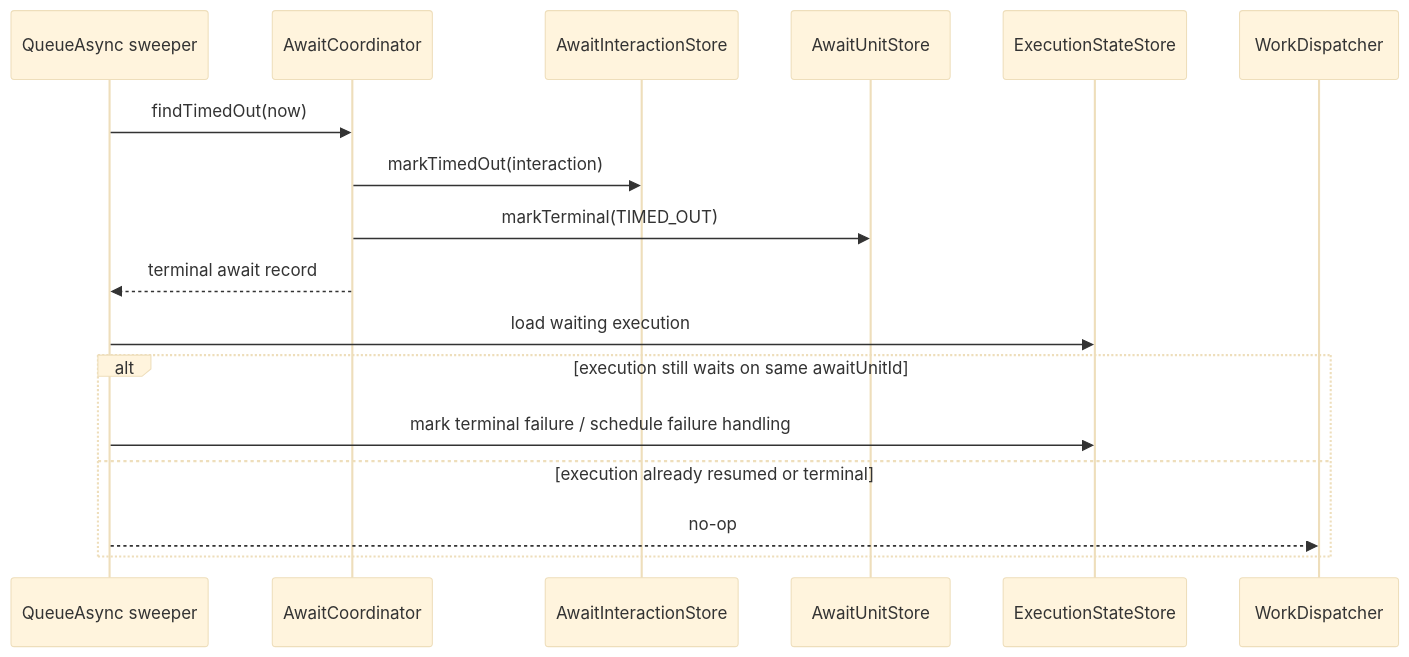
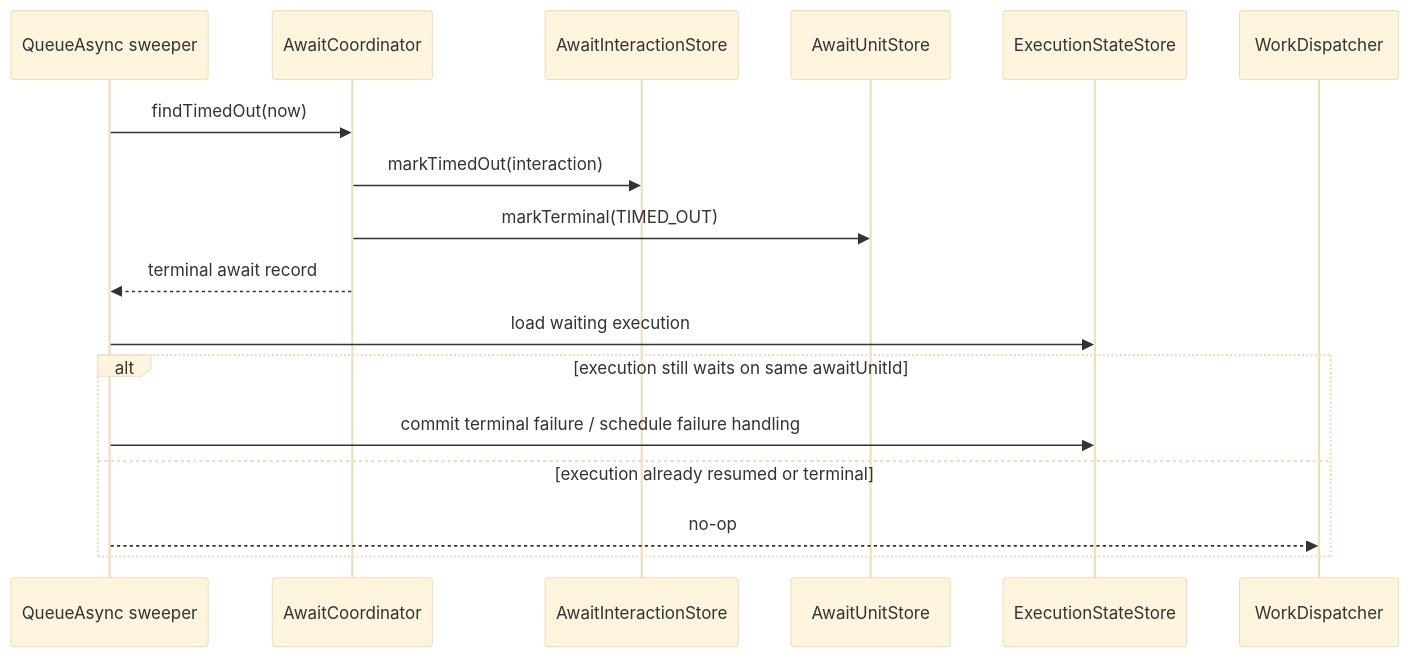
One commit to The-Pipeline-Framework/pipelineframework changed the seventh of 7 diagrams in docs/evolve/await-unit-runtime/sequences.md. Above: the diagram before and after it, drawn with Mermaid (base theme). The commit also changed other lines of this file and 14 other files, not shown here.

````diff
--- a/docs/evolve/await-unit-runtime/sequences.md
+++ b/docs/evolve/await-unit-runtime/sequences.md
@@ -201,20 +201,20 @@
 ```mermaid
 sequenceDiagram
     participant Sweeper as QueueAsync sweeper
     participant Coord as AwaitCoordinator
     participant InteractionStore as AwaitInteractionStore
     participant UnitStore as AwaitUnitStore
     participant ExecStore as ExecutionStateStore
     participant Dispatcher as WorkDispatcher
 
     Sweeper->>Coord: findTimedOut(now)
     Coord->>InteractionStore: markTimedOut(interaction)
     Coord->>UnitStore: markTerminal(TIMED_OUT)
     Coord-->>Sweeper: terminal await record
     Sweeper->>ExecStore: load waiting execution
     alt execution still waits on same awaitUnitId
-      Sweeper->>ExecStore: mark terminal failure / schedule failure handling
+      Sweeper->>ExecStore: commit terminal failure / schedule failure handling
     else execution already resumed or terminal
       Sweeper-->>Dispatcher: no-op
     end
 ```
````
